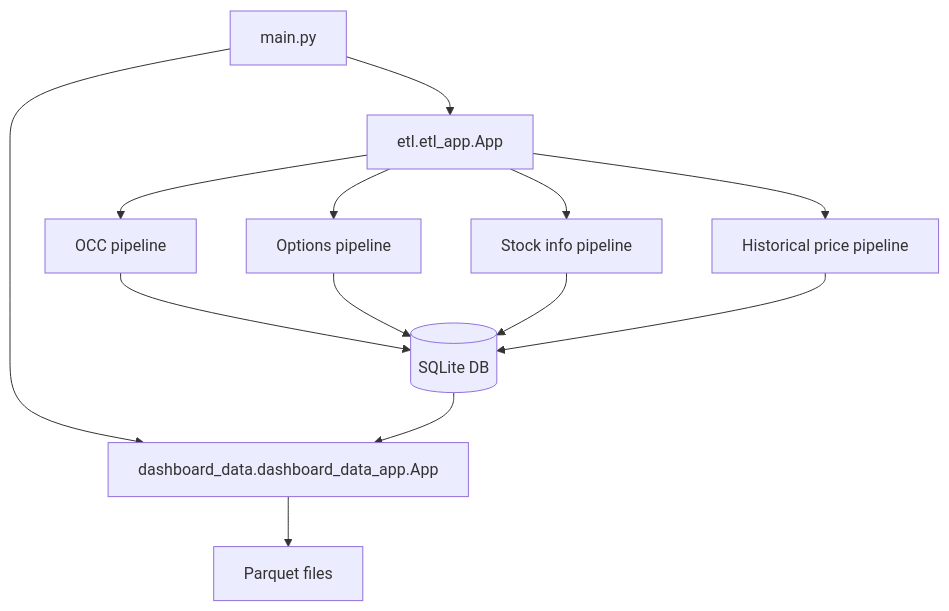
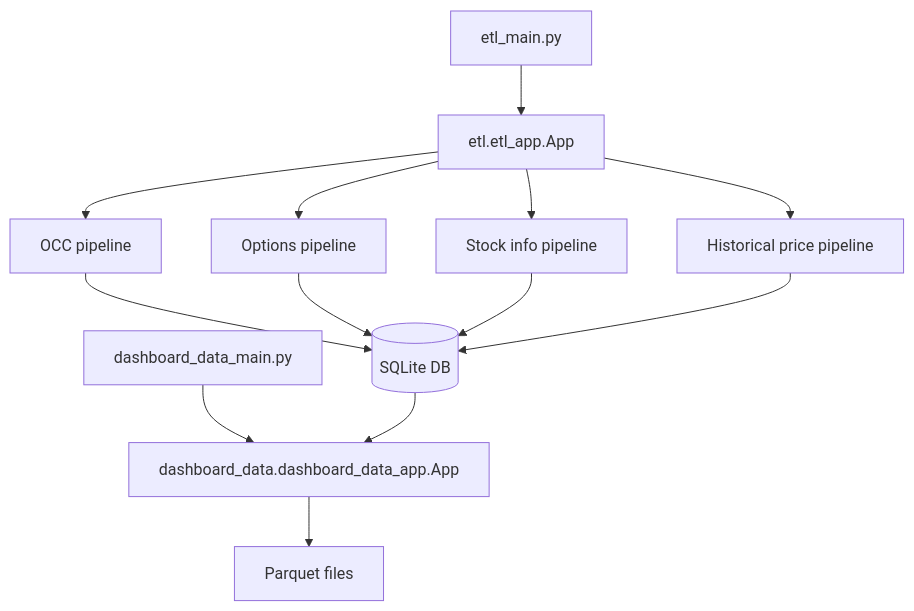
The diagram in data_retrieval/README.md (rmoser1/equity-options-dashboard), drawn with Mermaid before and after one commit. The commit also changed other lines of this file and 11 other files, not shown here.

First line of the commit message:
Split dashboard data export into separate Compose service

````diff
--- a/data_retrieval/README.md
+++ b/data_retrieval/README.md
@@ -13,18 +14,18 @@
 ```mermaid
 flowchart TD
-    Main[main.py] --> ETL[etl.etl_app.App]
-    Main --> Dashboard[dashboard_data.dashboard_data_app.App]
+    ETLMain[etl_main.py] --> ETL[etl.etl_app.App]
+    DashboardMain[dashboard_data_main.py] --> Dashboard[dashboard_data.dashboard_data_app.App]
 
     ETL --> OCC[OCC pipeline]
     ETL --> Options[Options pipeline]
     ETL --> Info[Stock info pipeline]
     ETL --> History[Historical price pipeline]
 
     OCC --> DB[(SQLite DB)]
     Options --> DB
     Info --> DB
     History --> DB
 
     DB --> Dashboard
     Dashboard --> Parquet[Parquet files]
 ```
````
